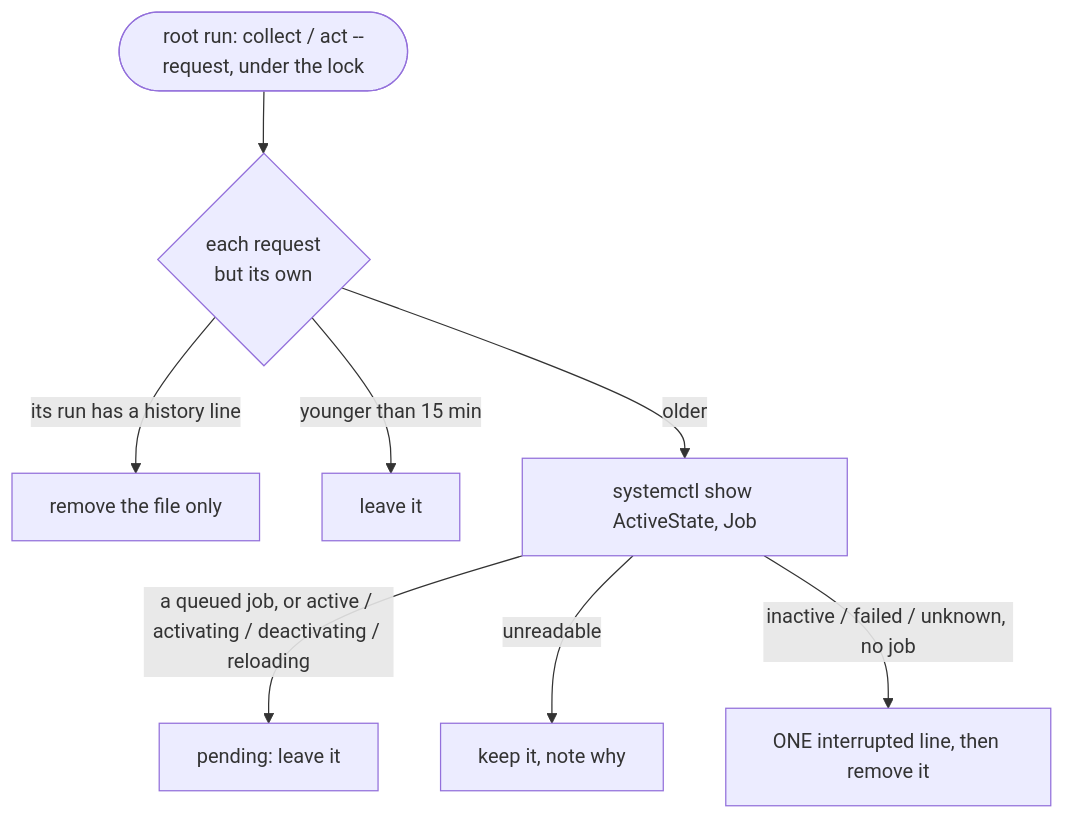
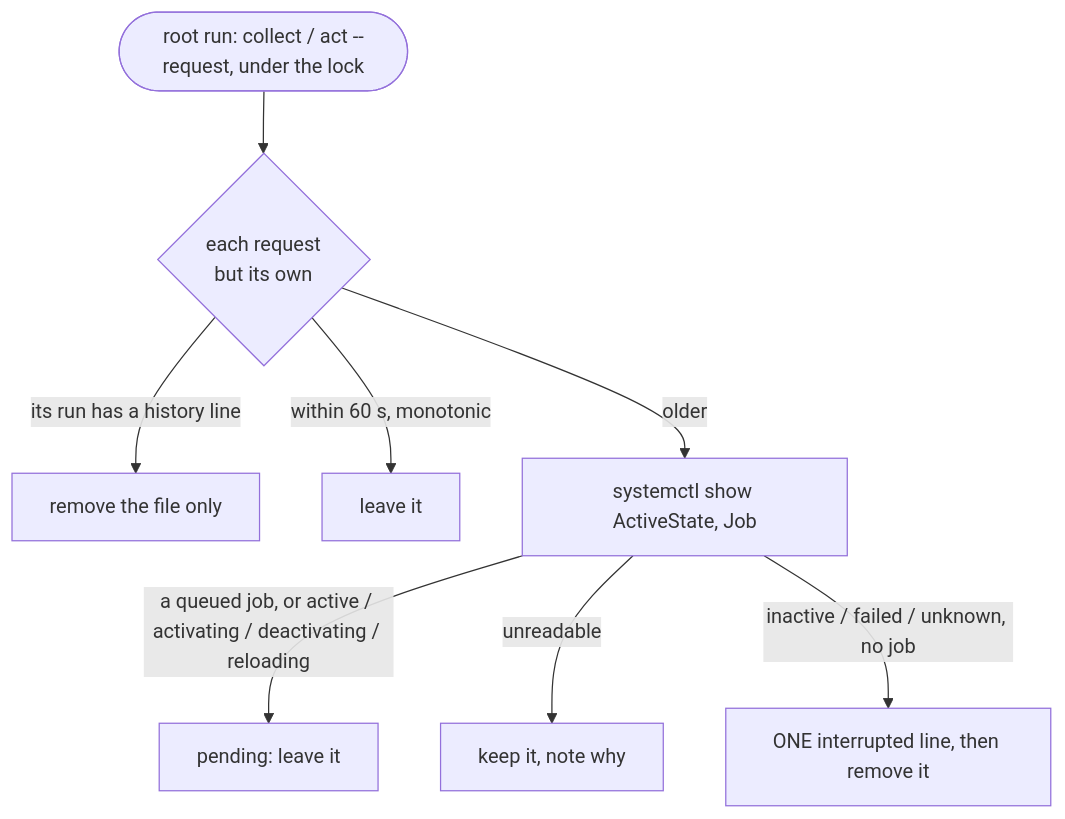
One commit to oleksandrdubyna88/wsl_care changed diagram 25 of 29 in research/architecture.md. Above: the diagram before and after it, drawn with Mermaid. The commit also changed other lines of this file and 16 other files, not shown here.

````diff
--- a/research/architecture.md
+++ b/research/architecture.md
@@ -2274,10 +2276,10 @@
 ```mermaid
 flowchart TB
     start(["root run: collect / act --request, under the lock"]) --> each{"each request<br/>but its own"}
     each -->|its run has a history line| rmonly["remove the file only"]
-    each -->|younger than 15 min| keep1["leave it"]
+    each -->|within 60 s, monotonic| keep1["leave it"]
     each -->|older| show["systemctl show ActiveState, Job"]
     show -->|a queued job, or active / activating / deactivating / reloading| keep2["pending: leave it"]
     show -->|unreadable| keep3["keep it, note why"]
     show -->|inactive / failed / unknown, no job| swept["ONE interrupted line, then remove it"]
 ```
````
